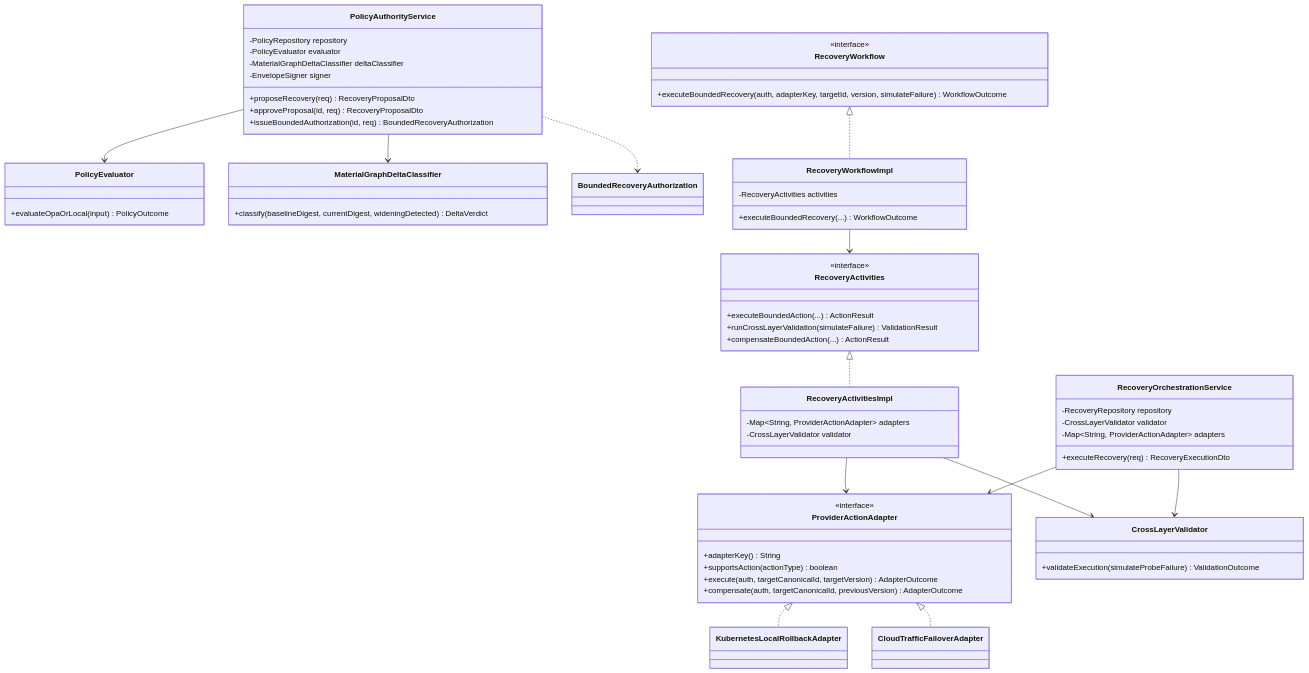
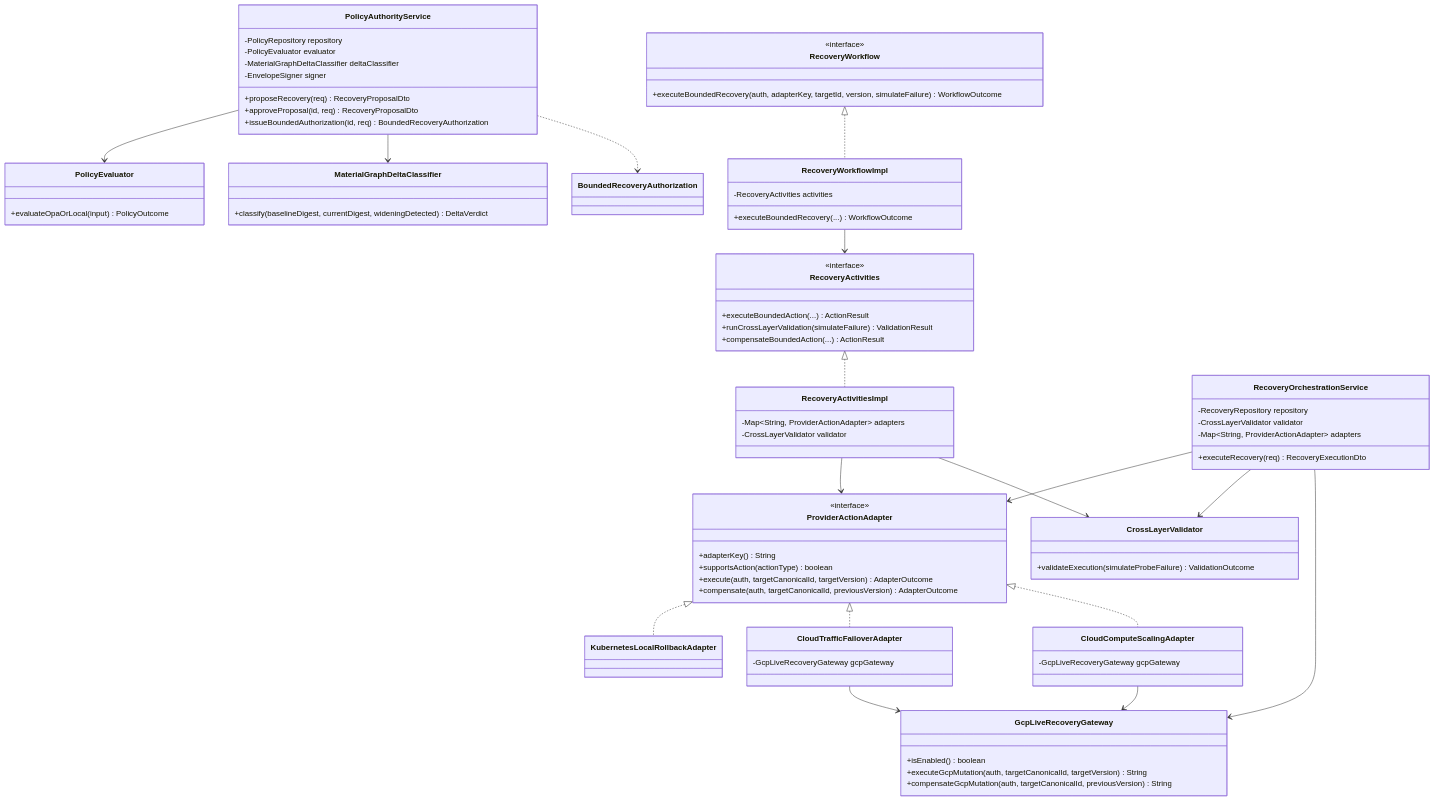
One commit to fenoch4real/uacrf-unified-adaptive-cloud-resilience-framework changed the fifth of 6 diagrams in docs/diagrams/CLASS_DIAGRAMS.md. Above: the diagram before and after it, drawn with Mermaid. The commit also changed other lines of this file and 4 other files, not shown here.

Commit message:
docs: align service specs, class diagrams, and README heading casing with current GCP & agent implementation

````diff
--- a/docs/diagrams/CLASS_DIAGRAMS.md
+++ b/docs/diagrams/CLASS_DIAGRAMS.md
@@ -249,67 +275,81 @@
 ```mermaid
 classDiagram
     class PolicyAuthorityService {
         -PolicyRepository repository
         -PolicyEvaluator evaluator
         -MaterialGraphDeltaClassifier deltaClassifier
         -EnvelopeSigner signer
         +proposeRecovery(req) RecoveryProposalDto
         +approveProposal(id, req) RecoveryProposalDto
         +issueBoundedAuthorization(id, req) BoundedRecoveryAuthorization
     }
     class PolicyEvaluator {
         +evaluateOpaOrLocal(input) PolicyOutcome
     }
     class MaterialGraphDeltaClassifier {
         +classify(baselineDigest, currentDigest, wideningDetected) DeltaVerdict
     }
     class RecoveryWorkflow {
         <<interface>>
         +executeBoundedRecovery(auth, adapterKey, targetId, version, simulateFailure) WorkflowOutcome
     }
     class RecoveryWorkflowImpl {
         -RecoveryActivities activities
         +executeBoundedRecovery(...) WorkflowOutcome
     }
     class RecoveryActivities {
         <<interface>>
         +executeBoundedAction(...) ActionResult
         +runCrossLayerValidation(simulateFailure) ValidationResult
         +compensateBoundedAction(...) ActionResult
     }
     class RecoveryActivitiesImpl {
         -Map~String, ProviderActionAdapter~ adapters
         -CrossLayerValidator validator
     }
     class RecoveryOrchestrationService {
         -RecoveryRepository repository
         -CrossLayerValidator validator
         -Map~String, ProviderActionAdapter~ adapters
         +executeRecovery(req) RecoveryExecutionDto
     }
     class ProviderActionAdapter {
         <<interface>>
         +adapterKey() String
         +supportsAction(actionType) boolean
         +execute(auth, targetCanonicalId, targetVersion) AdapterOutcome
         +compensate(auth, targetCanonicalId, previousVersion) AdapterOutcome
     }
     class KubernetesLocalRollbackAdapter
-    class CloudTrafficFailoverAdapter
+    class CloudTrafficFailoverAdapter {
+        -GcpLiveRecoveryGateway gcpGateway
+    }
+    class CloudComputeScalingAdapter {
+        -GcpLiveRecoveryGateway gcpGateway
+    }
+    class GcpLiveRecoveryGateway {
+        +isEnabled() boolean
+        +executeGcpMutation(auth, targetCanonicalId, targetVersion) String
+        +compensateGcpMutation(auth, targetCanonicalId, previousVersion) String
+    }
     class CrossLayerValidator {
         +validateExecution(simulateProbeFailure) ValidationOutcome
     }
 
     PolicyAuthorityService --> PolicyEvaluator
     PolicyAuthorityService --> MaterialGraphDeltaClassifier
     PolicyAuthorityService ..> BoundedRecoveryAuthorization
     RecoveryWorkflow <|.. RecoveryWorkflowImpl
     RecoveryActivities <|.. RecoveryActivitiesImpl
     RecoveryWorkflowImpl --> RecoveryActivities
     RecoveryActivitiesImpl --> ProviderActionAdapter
     RecoveryActivitiesImpl --> CrossLayerValidator
     RecoveryOrchestrationService --> ProviderActionAdapter
     RecoveryOrchestrationService --> CrossLayerValidator
+    RecoveryOrchestrationService --> GcpLiveRecoveryGateway
     ProviderActionAdapter <|.. KubernetesLocalRollbackAdapter
     ProviderActionAdapter <|.. CloudTrafficFailoverAdapter
+    ProviderActionAdapter <|.. CloudComputeScalingAdapter
+    CloudTrafficFailoverAdapter --> GcpLiveRecoveryGateway
+    CloudComputeScalingAdapter --> GcpLiveRecoveryGateway
 ```
````
